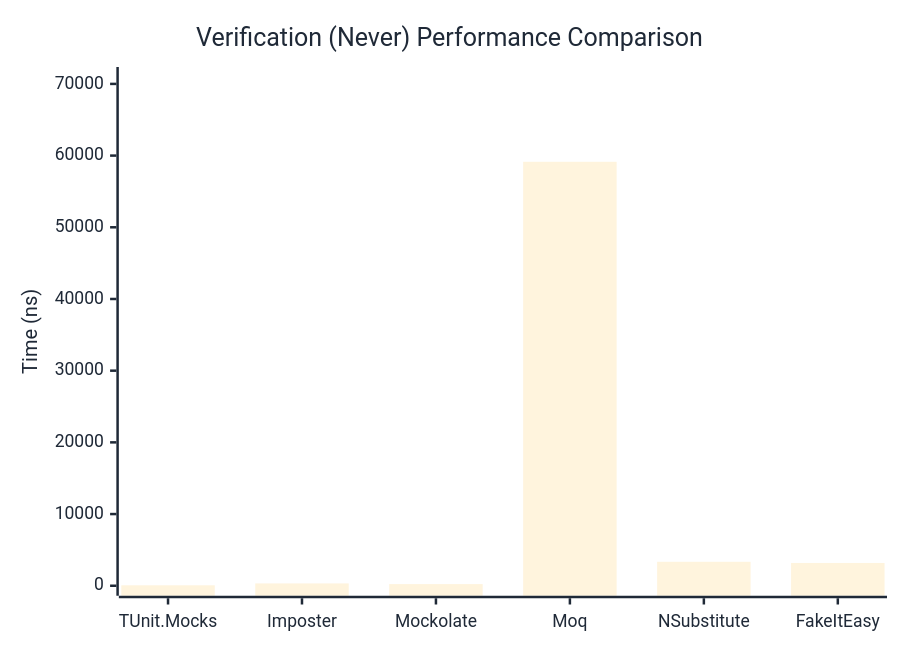
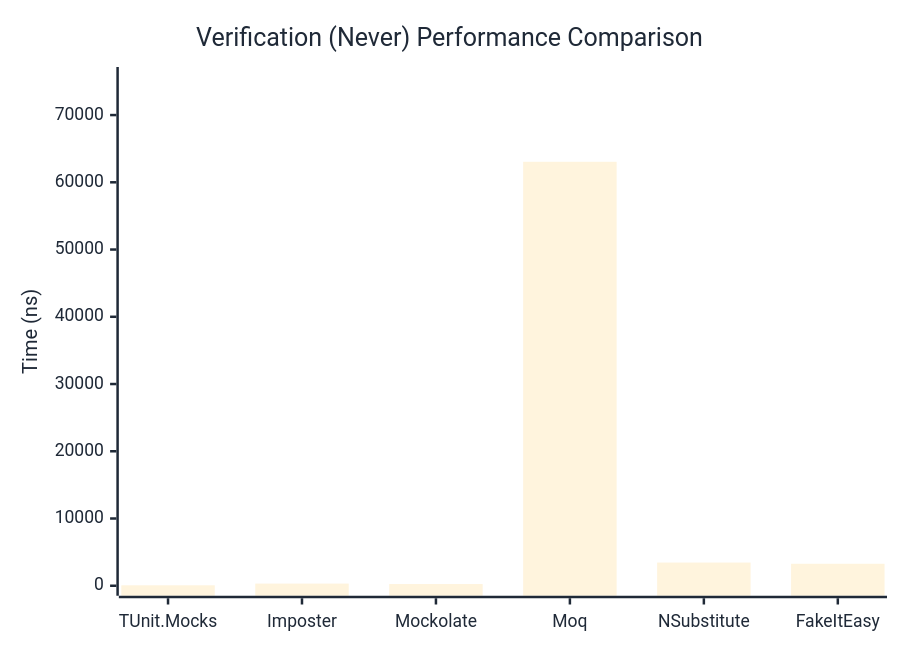
One commit to thomhurst/TUnit changed the second of 3 diagrams in docs/docs/benchmarks/mocks/Verification.md. Above: the diagram before and after it, drawn with Mermaid. The commit also changed other lines of this file and 14 other files, not shown here.

````diff
--- a/docs/docs/benchmarks/mocks/Verification.md
+++ b/docs/docs/benchmarks/mocks/Verification.md
@@ -69,27 +69,27 @@
 ```mermaid
 %%{init: {
   'theme':'base',
   'themeVariables': {
     'primaryColor': '#2563eb',
     'primaryTextColor': '#1f2937',
     'primaryBorderColor': '#1e40af',
     'lineColor': '#6b7280',
     'secondaryColor': '#7c3aed',
     'tertiaryColor': '#dc2626',
     'background': '#ffffff',
     'pie1': '#2563eb',
     'pie2': '#7c3aed',
     'pie3': '#dc2626',
     'pie4': '#f59e0b',
     'pie5': '#10b981',
     'pie6': '#06b6d4',
     'pie7': '#ec4899',
     'pie8': '#6366f1'
   }
 }}%%
 xychart-beta
   title "Verification (Never) Performance Comparison"
   x-axis ["TUnit.Mocks", "Imposter", "Mockolate", "Moq", "NSubstitute", "FakeItEasy"]
-  y-axis "Time (ns)" 0 --> 70963
-  bar [64.01, 326.35, 230.45, 59135.67, 3342.08, 3179.63]
+  y-axis "Time (ns)" 0 --> 75660
+  bar [65.63, 322, 252.16, 63049.5, 3449.61, 3271.38]
 ```
````
